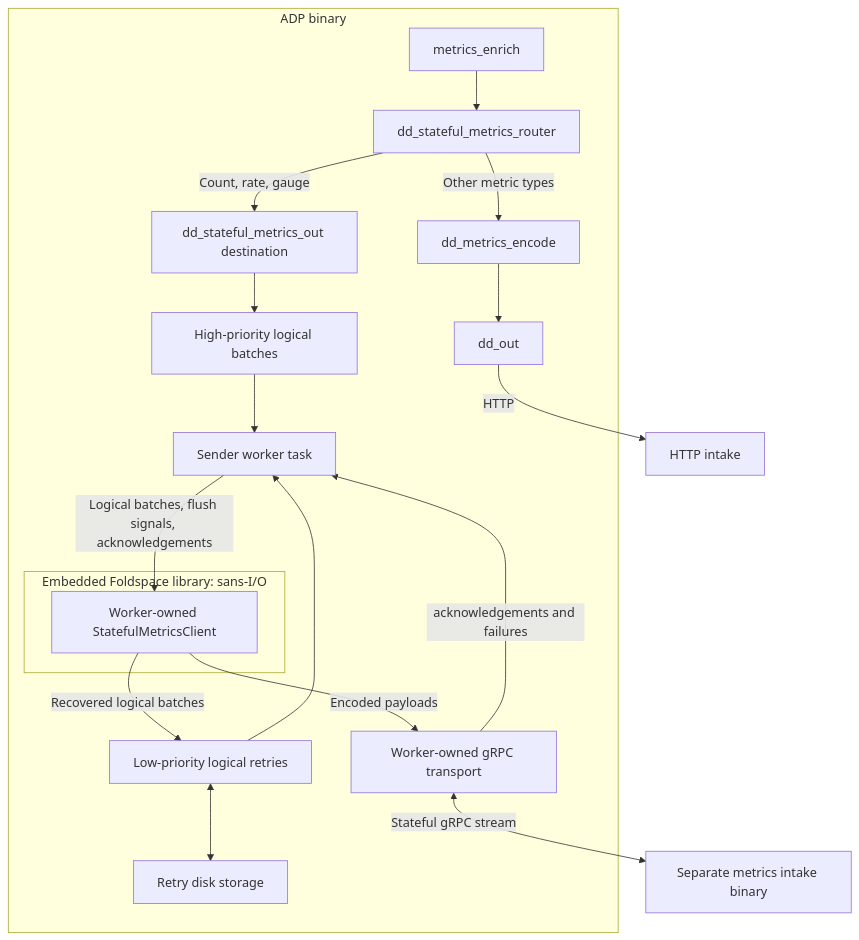
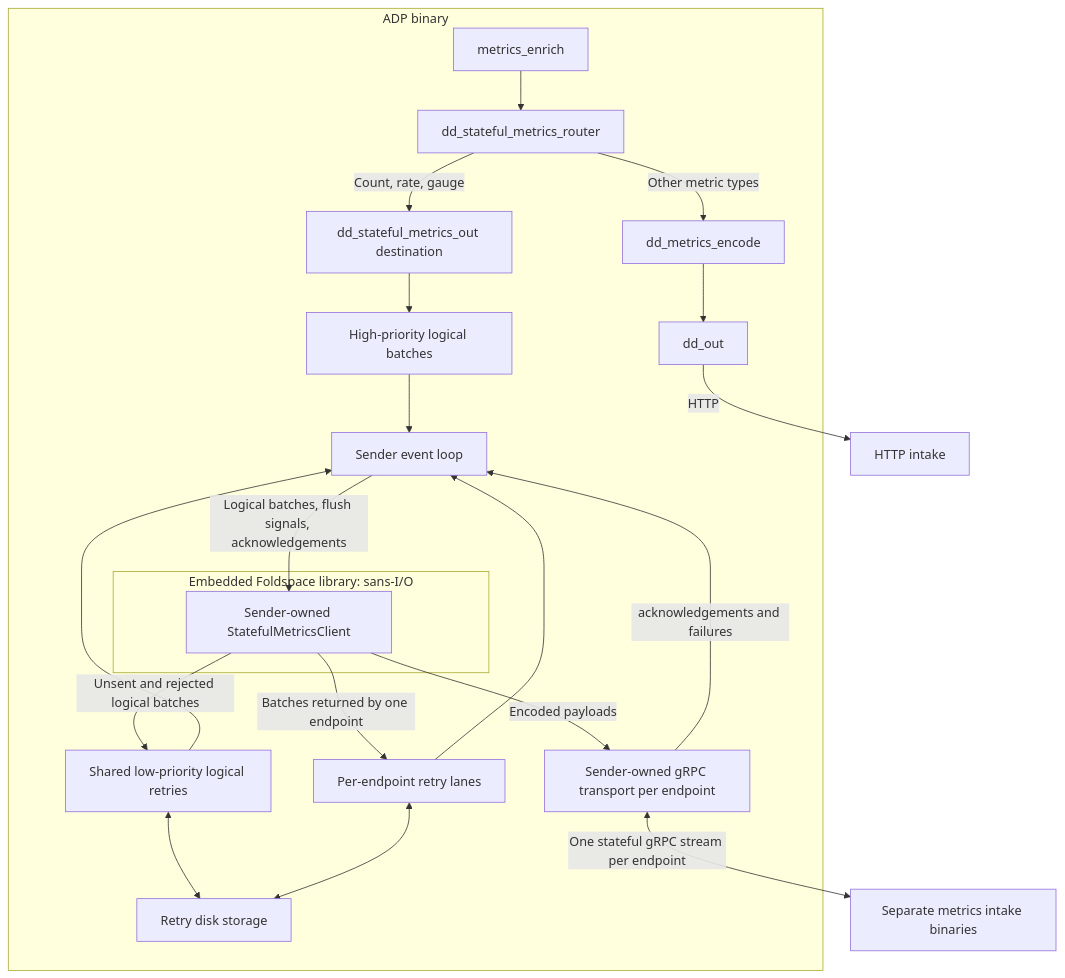
Before and after one commit to DataDog/saluki: the diagram in docs/development/stateful-metrics.md, drawn with Mermaid. The commit also changed other lines of this file and 25 other files, not shown here.

Commit message:
feat(agent-data-plane): support multiple stateful metrics endpoints

````diff
--- a/docs/development/stateful-metrics.md
+++ b/docs/development/stateful-metrics.md
@@ -11,22 +11,25 @@
 ```mermaid
 flowchart TB
     subgraph ADP[ADP binary]
         Enrich[metrics_enrich] --> Route[dd_stateful_metrics_router]
         Route -->|Count, rate, gauge| Sender[dd_stateful_metrics_out destination]
         Route -->|Other metric types| Encode[dd_metrics_encode]
         Encode --> Out[dd_out]
         Sender --> High[High-priority logical batches]
-        High --> Worker[Sender worker task]
-        Low[Low-priority logical retries] --> Worker
+        High --> Worker[Sender event loop]
+        Low[Shared low-priority logical retries] --> Worker
+        Lanes[Per-endpoint retry lanes] --> Worker
         Low <--> Disk[Retry disk storage]
+        Lanes <--> Disk
         subgraph Foldspace[Embedded Foldspace library: sans-I/O]
-            Core[Worker-owned StatefulMetricsClient]
+            Core[Sender-owned StatefulMetricsClient]
         end
         Worker -->|Logical batches, flush signals, acknowledgements| Core
-        Core -->|Encoded payloads| Transport[Worker-owned gRPC transport]
+        Core -->|Encoded payloads| Transport[Sender-owned gRPC transport per endpoint]
         Transport -->|acknowledgements and failures| Worker
-        Core -->|Recovered logical batches| Low
+        Core -->|Unsent and rejected logical batches| Low
+        Core -->|Batches returned by one endpoint| Lanes
     end
-    Transport <-->|Stateful gRPC stream| Intake[Separate metrics intake binary]
+    Transport <-->|One stateful gRPC stream per endpoint| Intake[Separate metrics intake binaries]
     Out -->|HTTP| HTTP[HTTP intake]
 ```
````
